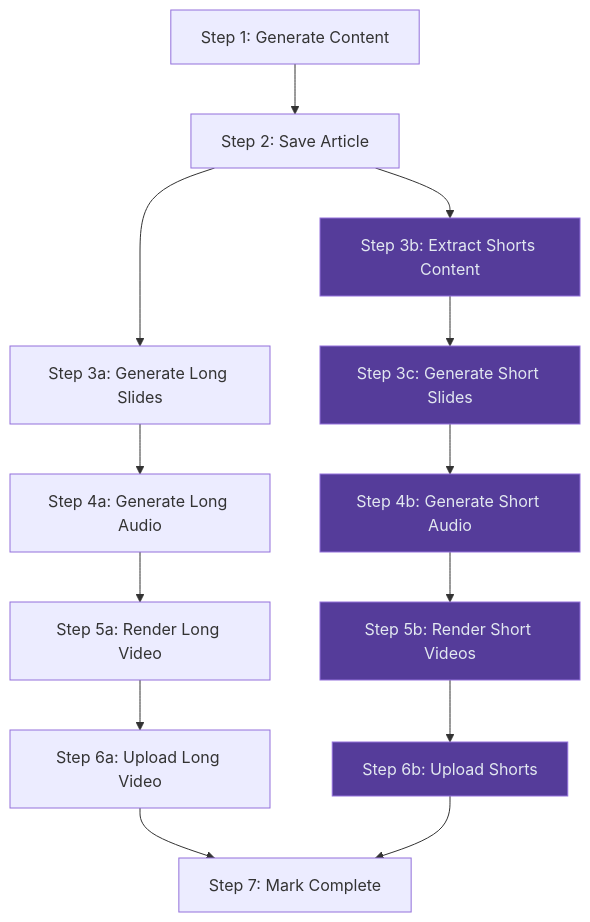
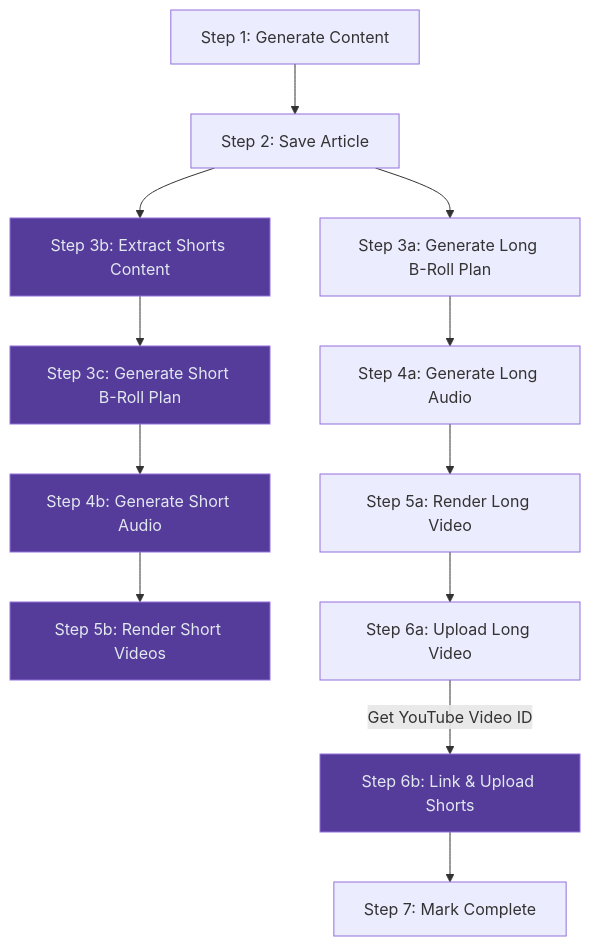
The second of 2 diagrams in specs/spec-04-shorts-pipeline.md (AbhinandanPun/dinopedia), drawn with Mermaid before and after one commit. The commit also changed other lines of this file, not shown here.

````diff
--- a/specs/spec-04-shorts-pipeline.md
+++ b/specs/spec-04-shorts-pipeline.md
@@ -157,21 +159,20 @@
 ```mermaid
 flowchart TD
     S1["Step 1: Generate Content"] --> S2["Step 2: Save Article"]
-    S2 --> S3["Step 3a: Generate Long Slides"]
+    S2 --> S3["Step 3a: Generate Long B-Roll Plan"]
     S2 --> S3b["Step 3b: Extract Shorts Content"]
-    S3b --> S3c["Step 3c: Generate Short Slides"]
+    S3b --> S3c["Step 3c: Generate Short B-Roll Plan"]
     S3 --> S4["Step 4a: Generate Long Audio"]
     S3c --> S4b["Step 4b: Generate Short Audio"]
     S4 --> S5a["Step 5a: Render Long Video"]
     S4b --> S5b["Step 5b: Render Short Videos"]
     S5a --> S6a["Step 6a: Upload Long Video"]
-    S5b --> S6b["Step 6b: Upload Shorts"]
-    S6a --> S7["Step 7: Mark Complete"]
-    S6b --> S7
+    S6a -->|"Get YouTube Video ID"| S6b["Step 6b: Link & Upload Shorts"]
+    S6b --> S7["Step 7: Mark Complete"]
 
     style S3b fill:#553c9a,color:#e2e8f0
     style S3c fill:#553c9a,color:#e2e8f0
     style S4b fill:#553c9a,color:#e2e8f0
     style S5b fill:#553c9a,color:#e2e8f0
     style S6b fill:#553c9a,color:#e2e8f0
 ```
````
